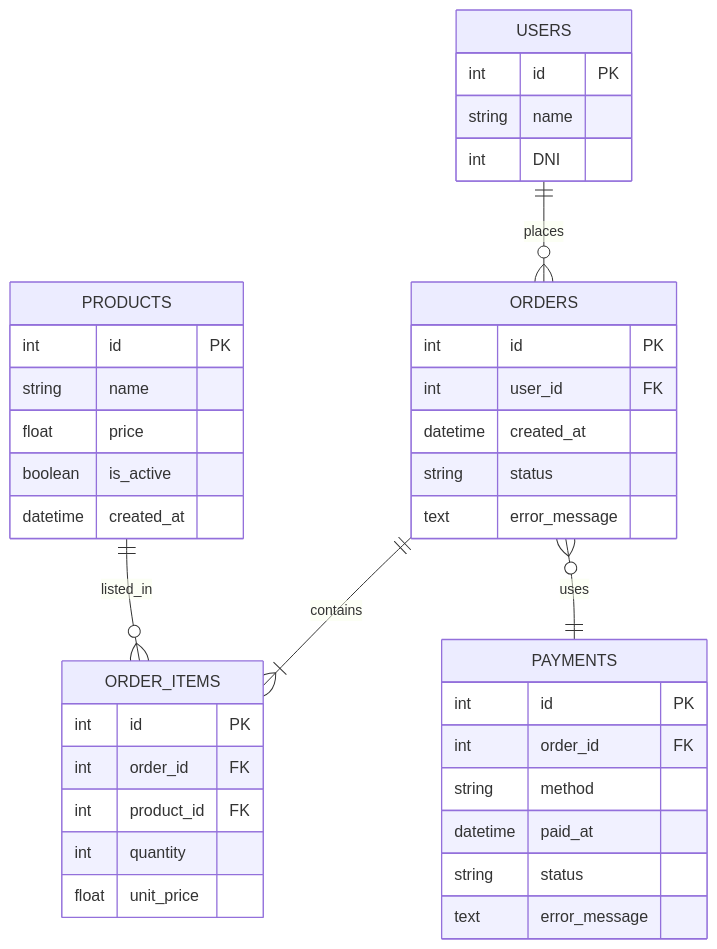
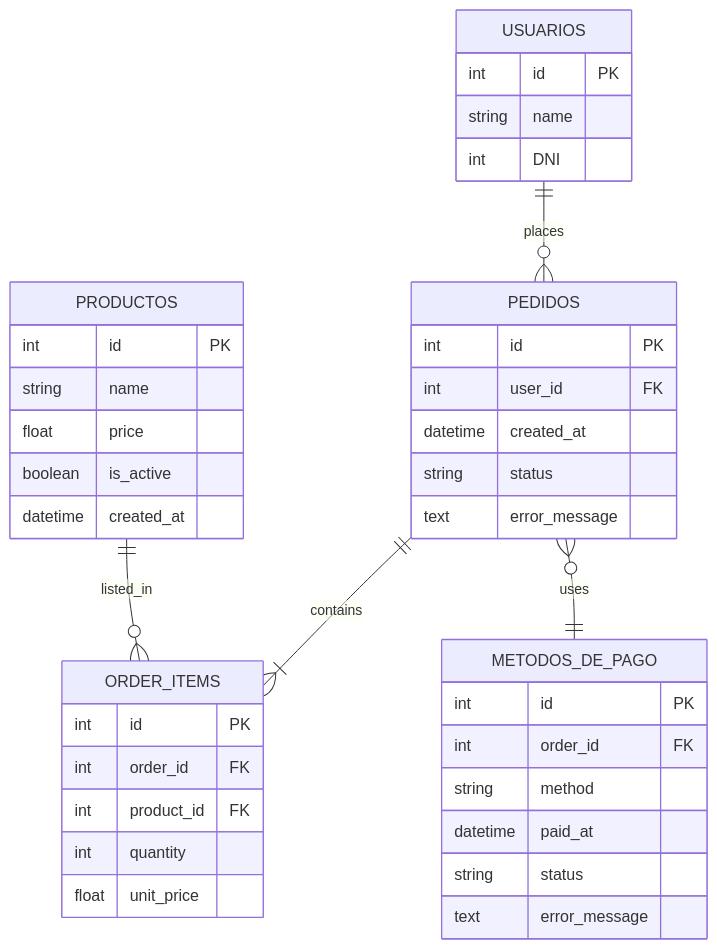
The diagram in server/README.md (Tomas-crypto14/sequelize-express-Prueba), drawn with Mermaid before and after one commit.

Commit message:
Actualizado

````diff
--- a/server/README.md
+++ b/server/README.md
@@ -1,41 +1,41 @@
 ```mermaid
 erDiagram
-    USERS ||--o{ ORDERS : places
-    ORDERS ||--|{ ORDER_ITEMS : contains
-    PRODUCTS ||--o{ ORDER_ITEMS : listed_in
-    ORDERS }o--|| PAYMENTS : uses
-    USERS {
+    USUARIOS ||--o{ PEDIDOS : places
+    PEDIDOS ||--|{ ORDER_ITEMS : contains
+    PRODUCTOS ||--o{ ORDER_ITEMS : listed_in
+    PEDIDOS }o--|| METODOS_DE_PAGO : uses
+    USUARIOS {
         int id PK
         string name
         int DNI
     }
-    PRODUCTS {
+    PRODUCTOS {
         int id PK
         string name
         float price
         boolean is_active
         datetime created_at
     }
-    ORDERS {
+    PEDIDOS {
         int id PK
         int user_id FK
         datetime created_at
         string status
         text error_message
     }
     ORDER_ITEMS {
         int id PK
         int order_id FK
         int product_id FK
         int quantity
         float unit_price
     }
-    PAYMENTS {
+    METODOS_DE_PAGO {
         int id PK
         int order_id FK
         string method
         datetime paid_at
         string status
         text error_message
     }
 ```
````
